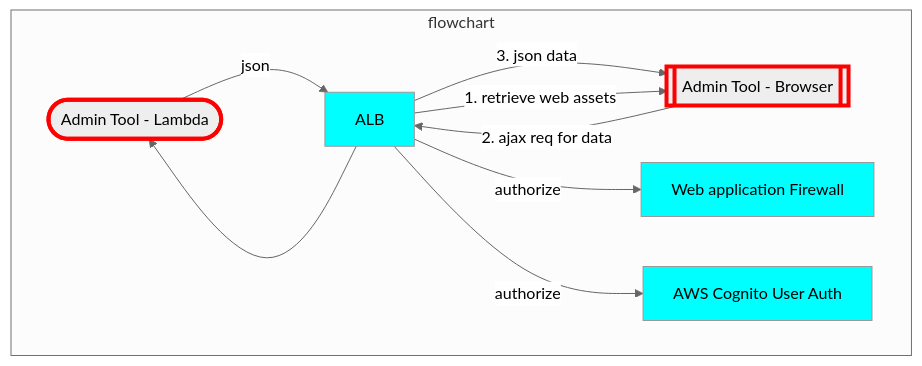
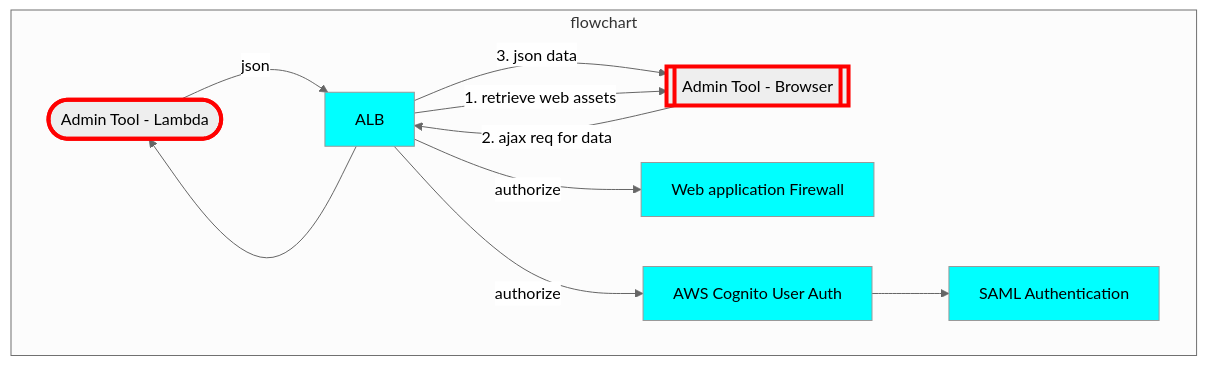
The diagram in diagrams/admin-spa.mmd (CDLUC3/mrt-doc), drawn with Mermaid before and after one commit. The commit also changed 5 other files, not shown here.

Commit message:
add saml to cognito diagrams

```diff
--- a/diagrams/admin-spa.mmd
+++ b/diagrams/admin-spa.mmd
@@ -1,23 +1,26 @@
 %%{init: {'theme': 'neutral', 'securityLevel': 'loose'}}%%
 graph TD
   ADMIN([Admin Tool - Lambda])
   click ADMIN href "https://github.com/CDLUC3/mrt-admin-lambda" "source code"
   ADMINWEB[[Admin Tool - Browser]]
   click ADMINWEB href "https://github.com/CDLUC3/mrt-admin-lambda" "source code"
   WAF[Web application Firewall]
   COG[AWS Cognito User Auth]
+  SAML[SAML Authentication]
 
   subgraph flowchart
     ALB --> ADMIN
     ADMIN --> |json| ALB
     ADMINWEB --> |2. ajax req for data| ALB
     ALB --> |3. json data| ADMINWEB
     ALB --> |1. retrieve web assets|ADMINWEB
     ALB --> |authorize| WAF
     ALB --> |authorize| COG
+    COG --> SAML
   end
   style ADMIN stroke:red,stroke-width:4px
   style ADMINWEB stroke:red,stroke-width:4px
   style ALB fill:cyan
   style WAF fill:cyan
   style COG fill:cyan
+  style SAML fill:cyan
```
